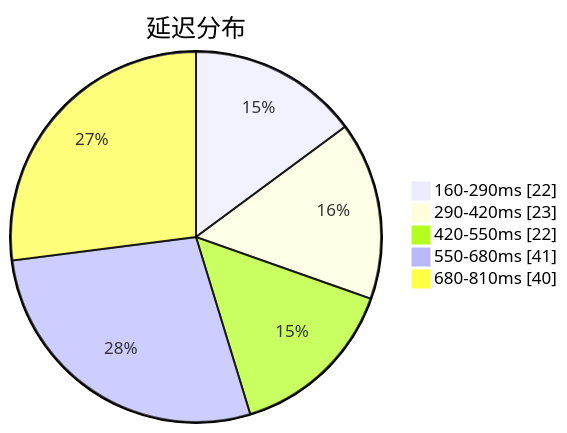
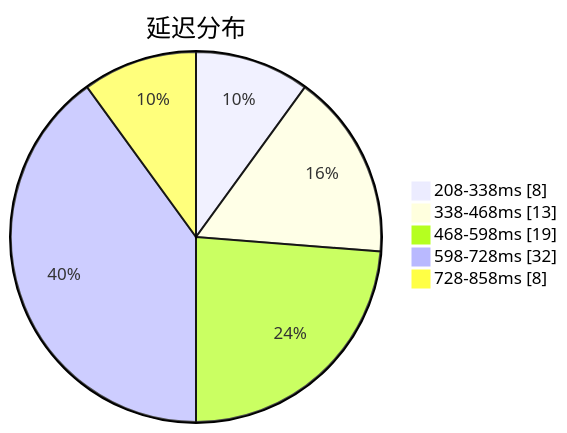
One commit to qjlxg/airport changed the first of 3 diagrams in subs/statistics/tested_within.md. Above: the diagram before and after it, drawn with Mermaid. The commit also changed other lines of this file and 2 other files, not shown here.

````diff
--- a/subs/statistics/tested_within.md
+++ b/subs/statistics/tested_within.md
@@ -2,9 +2,9 @@
 ```mermaid
 pie showData
 title 延迟分布
-"160-290ms" : 22
-"290-420ms" : 23
-"420-550ms" : 22
-"550-680ms" : 41
-"680-810ms" : 40
+"208-338ms" : 8
+"338-468ms" : 13
+"468-598ms" : 19
+"598-728ms" : 32
+"728-858ms" : 8
 ```
````
